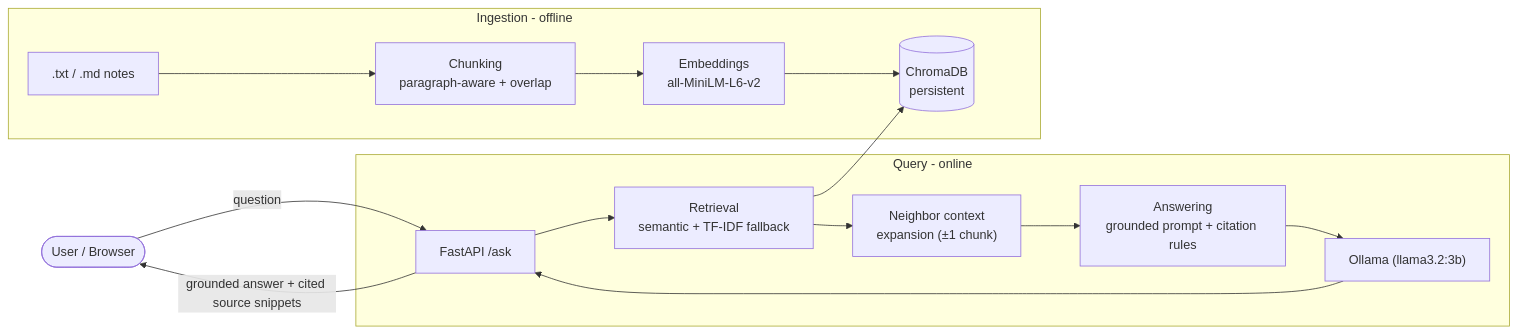
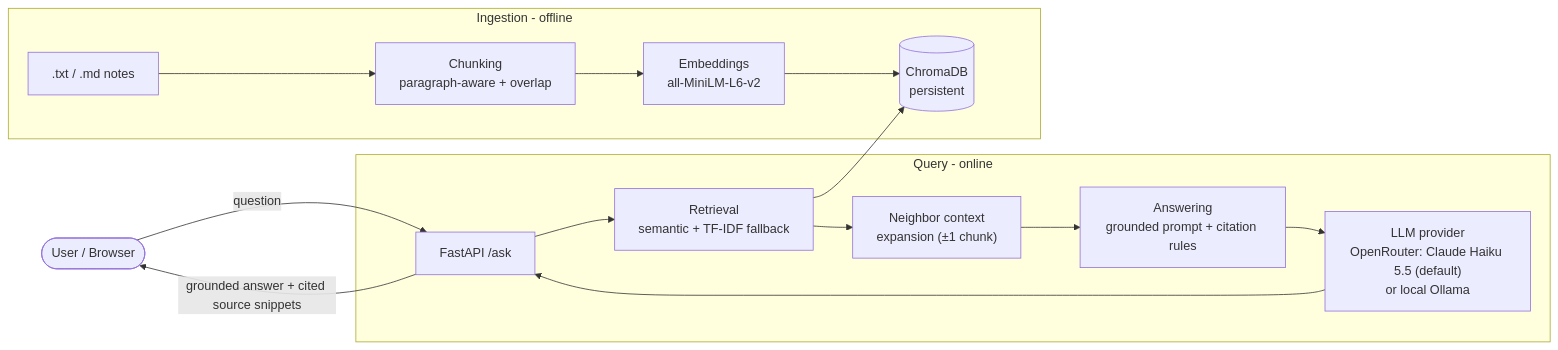
Before and after one commit to kat1478/notes-rag-assistant: the diagram in README.md, drawn with Mermaid. The commit also changed other lines of this file and 5 other files, not shown here.

Commit message:
docs: model benchmark section, Haiku default, refreshed screenshots

````diff
--- a/README.md
+++ b/README.md
@@ -65,21 +69,21 @@
 ```mermaid
 flowchart LR
     U([User / Browser]) -->|question| API[FastAPI  /ask]
 
     subgraph Ingestion[Ingestion - offline]
         F[".txt / .md notes"] --> CH["Chunking<br/>paragraph-aware + overlap"]
         CH --> EMB["Embeddings<br/>all-MiniLM-L6-v2"]
         EMB --> VDB[("ChromaDB<br/>persistent")]
     end
 
     subgraph Query[Query - online]
         API --> RET["Retrieval<br/>semantic + TF-IDF fallback"]
         RET --> VDB
         RET --> EXP["Neighbor context<br/>expansion (±1 chunk)"]
         EXP --> ANS["Answering<br/>grounded prompt + citation rules"]
-        ANS --> LLM["Ollama (llama3.2:3b)"]
+        ANS --> LLM["LLM provider<br/>OpenRouter: Claude Haiku 5.5 (default)<br/>or local Ollama"]
         LLM --> API
     end
 
     API -->|grounded answer + cited source snippets| U
 ```
````
